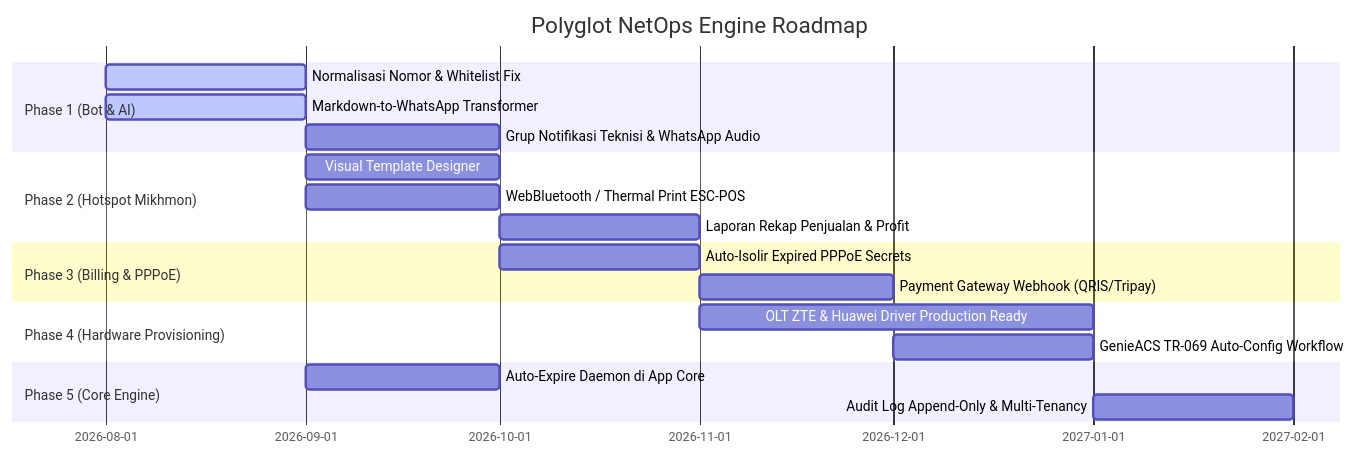
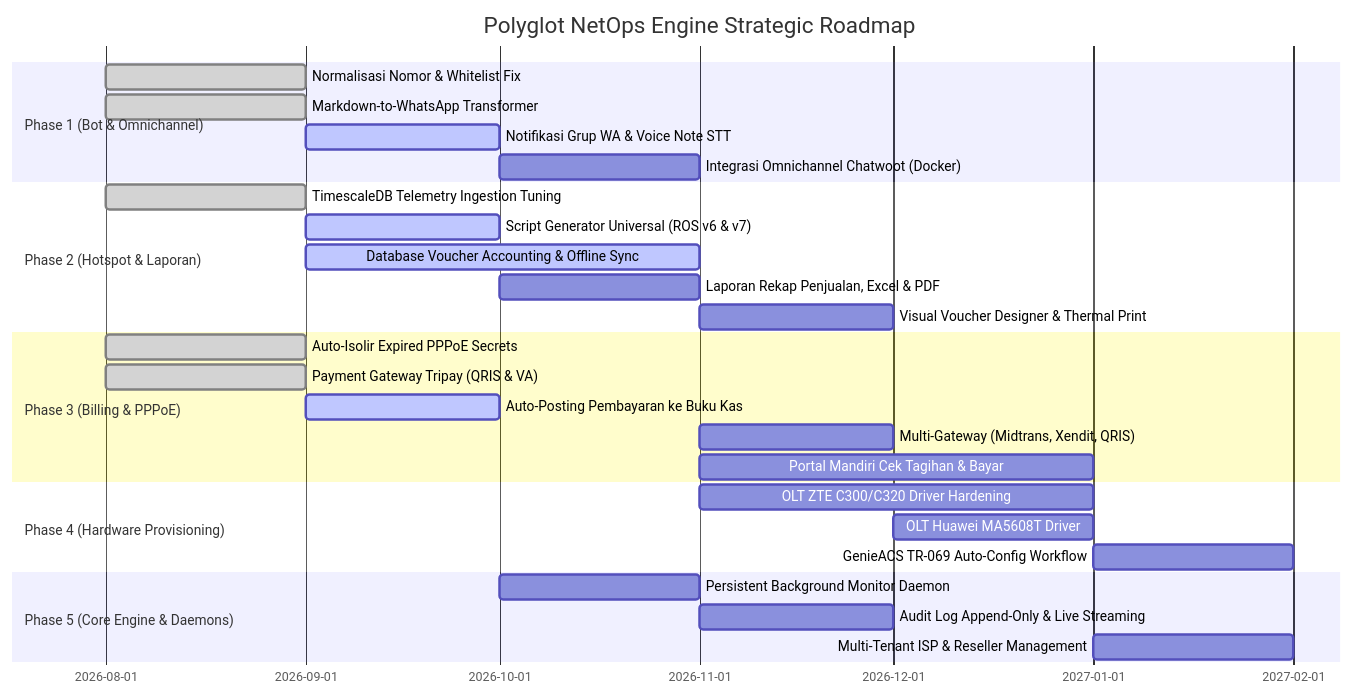
One commit to quiqxiq/polyglot changed the second of 2 diagrams in ROADMAP-AND-ISSUES.md. Above: the diagram before and after it, drawn with Mermaid. The commit also changed other lines of this file, not shown here.

First line of the commit message:
docs(roadmap): update roadmap and known issues with ROS v6/v7 script compatibility and database offline sync

````diff
--- a/ROADMAP-AND-ISSUES.md
+++ b/ROADMAP-AND-ISSUES.md
@@ -142,22 +185,30 @@
 ```mermaid
 gantt
-    title Polyglot NetOps Engine Roadmap
+    title Polyglot NetOps Engine Strategic Roadmap
     dateFormat  YYYY-MM
-    section Phase 1 (Bot & AI)
-    Normalisasi Nomor & Whitelist Fix        :active, 2026-08, 2026-09
-    Markdown-to-WhatsApp Transformer         :active, 2026-08, 2026-09
-    Grup Notifikasi Teknisi & WhatsApp Audio :2026-09, 2026-10
-    section Phase 2 (Hotspot Mikhmon)
-    Visual Template Designer                 :2026-09, 2026-10
-    WebBluetooth / Thermal Print ESC-POS     :2026-09, 2026-10
-    Laporan Rekap Penjualan & Profit         :2026-10, 2026-11
+    section Phase 1 (Bot & Omnichannel)
+    Normalisasi Nomor & Whitelist Fix        :done, 2026-08, 2026-09
+    Markdown-to-WhatsApp Transformer         :done, 2026-08, 2026-09
+    Notifikasi Grup WA & Voice Note STT      :active, 2026-09, 2026-10
+    Integrasi Omnichannel Chatwoot (Docker)  :2026-10, 2026-11
+    section Phase 2 (Hotspot & Laporan)
+    TimescaleDB Telemetry Ingestion Tuning   :done, 2026-08, 2026-09
+    Script Generator Universal (ROS v6 & v7) :active, 2026-09, 2026-10
+    Database Voucher Accounting & Offline Sync:active, 2026-09, 2026-11
+    Laporan Rekap Penjualan, Excel & PDF     :2026-10, 2026-11
+    Visual Voucher Designer & Thermal Print  :2026-11, 2026-12
     section Phase 3 (Billing & PPPoE)
-    Auto-Isolir Expired PPPoE Secrets        :2026-10, 2026-11
-    Payment Gateway Webhook (QRIS/Tripay)    :2026-11, 2026-12
+    Auto-Isolir Expired PPPoE Secrets        :done, 2026-08, 2026-09
+    Payment Gateway Tripay (QRIS & VA)       :done, 2026-08, 2026-09
+    Auto-Posting Pembayaran ke Buku Kas      :active, 2026-09, 2026-10
+    Multi-Gateway (Midtrans, Xendit, QRIS)   :2026-11, 2026-12
+    Portal Mandiri Cek Tagihan & Bayar       :2026-11, 2027-01
     section Phase 4 (Hardware Provisioning)
-    OLT ZTE & Huawei Driver Production Ready :2026-11, 2027-01
-    GenieACS TR-069 Auto-Config Workflow     :2026-12, 2027-01
-    section Phase 5 (Core Engine)
-    Auto-Expire Daemon di App Core           :2026-09, 2026-10
-    Audit Log Append-Only & Multi-Tenancy    :2027-01, 2027-02
+    OLT ZTE C300/C320 Driver Hardening       :2026-11, 2027-01
+    OLT Huawei MA5608T Driver                :2026-12, 2027-01
+    GenieACS TR-069 Auto-Config Workflow     :2027-01, 2027-02
+    section Phase 5 (Core Engine & Daemons)
+    Persistent Background Monitor Daemon     :2026-10, 2026-11
+    Audit Log Append-Only & Live Streaming   :2026-11, 2026-12
+    Multi-Tenant ISP & Reseller Management   :2027-01, 2027-02
 ```
````
